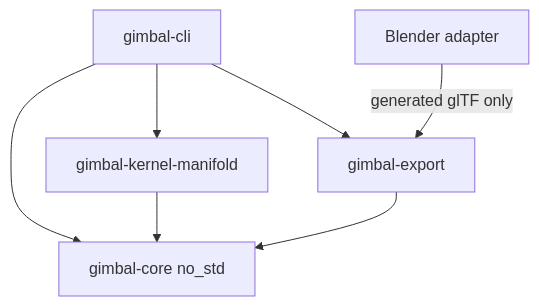
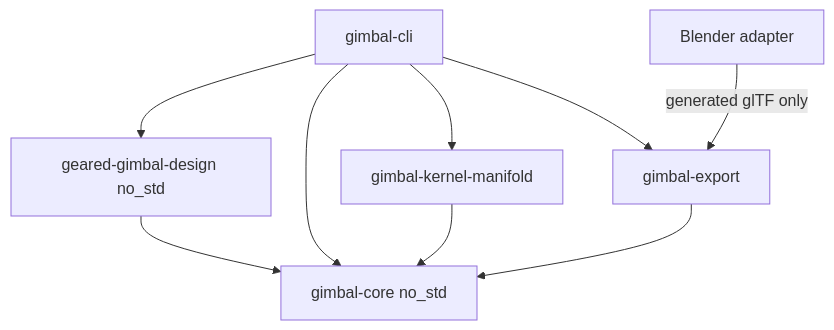
Before and after one commit to tokutori/simulator-hardware-prototype-1: the diagram in docs/software-architecture.md, drawn with Mermaid. The commit also changed other lines of this file and 21 other files, not shown here.

Commit message:
Separate geared gimbal design crate

````diff
--- a/docs/software-architecture.md
+++ b/docs/software-architecture.md
@@ -38,15 +39,18 @@
 ```mermaid
 flowchart TD
     CLI[gimbal-cli]
+    DESIGN[geared-gimbal-design no_std]
     CORE[gimbal-core no_std]
     KERNEL[gimbal-kernel-manifold]
     EXPORT[gimbal-export]
     BLENDER[Blender adapter]
 
+    CLI --> DESIGN
     CLI --> CORE
     CLI --> KERNEL
     CLI --> EXPORT
     KERNEL --> CORE
     EXPORT --> CORE
+    DESIGN --> CORE
     BLENDER -->|generated glTF only| EXPORT
 ```
````
